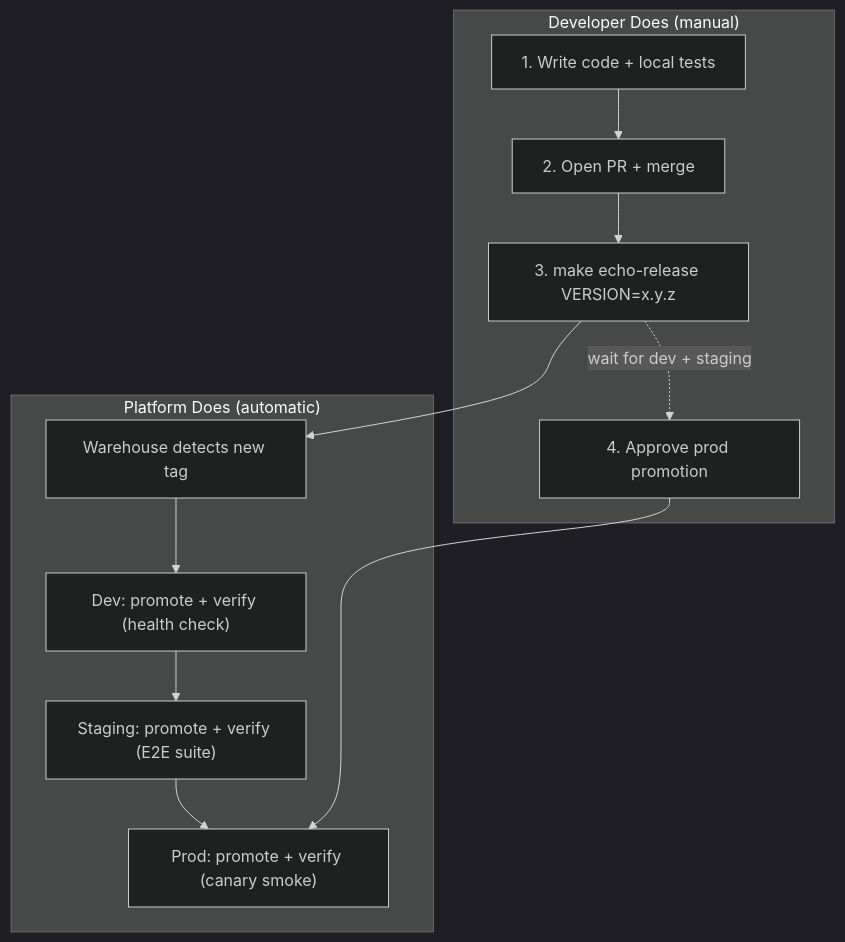
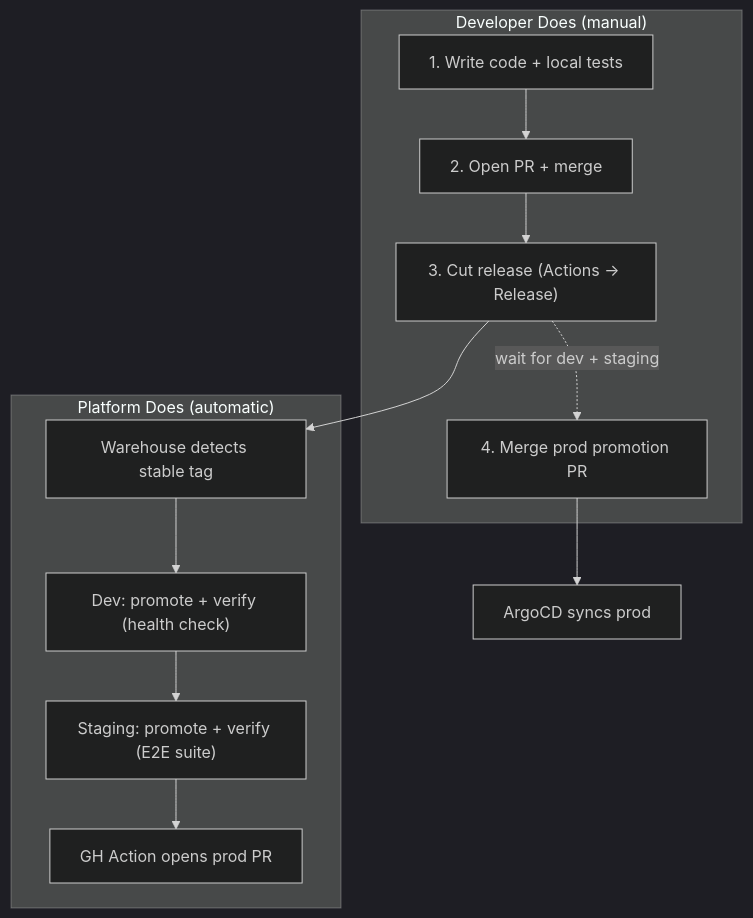
The second of 2 diagrams in docs/infra/deployment-lifecycle.md (AaronRoethe/homelab), drawn with Mermaid (dark theme) before and after one commit. The commit also changed other lines of this file and 14 other files, not shown here.

First line of the commit message:
feat(ci): implement release-gated promotion pipeline

````diff
--- a/docs/infra/deployment-lifecycle.md
+++ b/docs/infra/deployment-lifecycle.md
@@ -213,21 +170,21 @@
 ```mermaid
 flowchart TD
     subgraph manual["Developer Does (manual)"]
         m1["1. Write code + local tests"]
         m2["2. Open PR + merge"]
-        m3["3. make echo-release VERSION=x.y.z"]
-        m4["4. Approve prod promotion"]
+        m3["3. Cut release (Actions → Release)"]
+        m4["4. Merge prod promotion PR"]
         m1 --> m2 --> m3 -.->|"wait for dev + staging"| m4
     end
 
     subgraph auto["Platform Does (automatic)"]
-        a1["Warehouse detects new tag"]
+        a1["Warehouse detects stable tag"]
         a2["Dev: promote + verify (health check)"]
         a3["Staging: promote + verify (E2E suite)"]
-        a4["Prod: promote + verify (canary smoke)"]
+        a4["GH Action opens prod PR"]
         a1 --> a2 --> a3 --> a4
     end
 
     m3 --> a1
-    m4 --> a4
+    m4 --> a5["ArgoCD syncs prod"]
 ```
````
